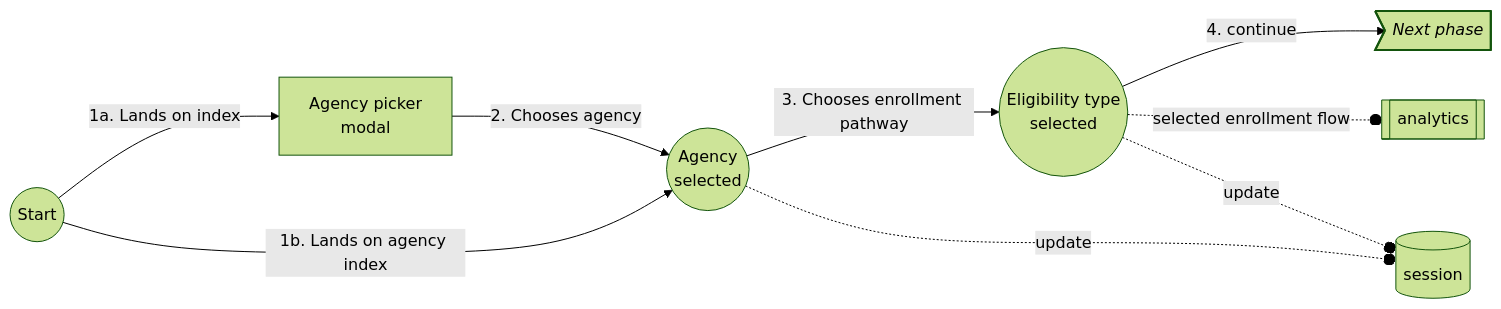
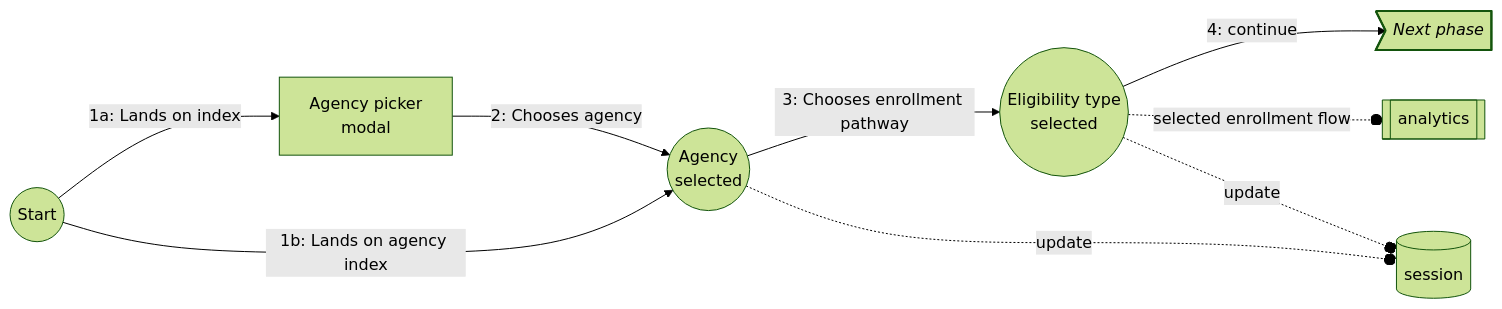
One commit to cal-itp/benefits changed the third of 6 diagrams in docs/development/application-logic.md. Above: the diagram before and after it, drawn with Mermaid (forest theme). The commit also changed other lines of this file, not shown here.

Commit message:
fix(docs): update syntax for non-markdown numbering
getting 'Unsupported markdown: list' error in these charts

related:

- https://github.com/mermaid-js/mermaid/issues/5824
- https://github.com/mermaid-js/mermaid/issues/6099

````diff
--- a/docs/development/application-logic.md
+++ b/docs/development/application-logic.md
@@ -95,30 +95,30 @@
 ```mermaid
 flowchart LR
     session[(session)]
     analytics[[analytics]]
 
     start((Start))
     pick_agency["`Agency picker
     modal`"]
     agency(("`Agency
     selected`"))
     eligibility(("`Eligibility type
     selected`"))
     next>"`_Next phase_`"]
     style next stroke-width:2px
 
-    start -- "1a. Lands on index" --> pick_agency
-    start -- "1b. Lands on agency index" --> agency
+    start -- "1a: Lands on index" --> pick_agency
+    start -- "1b: Lands on agency index" --> agency
     %% invisible links help with diagram layout
     start ~~~ session
     start ~~~ agency
 
-    pick_agency -- 2. Chooses agency --> agency
-    agency -- 3. Chooses enrollment pathway --> eligibility
+    pick_agency -- "2: Chooses agency" --> agency
+    agency -- "3: Chooses enrollment pathway" --> eligibility
 
-    eligibility -- 4. continue --> next
+    eligibility -- "4: continue" --> next
 
     agency -. update -.-o session
     eligibility -. update -.-o session
     eligibility -. selected enrollment flow -.-o analytics
 ```
````
